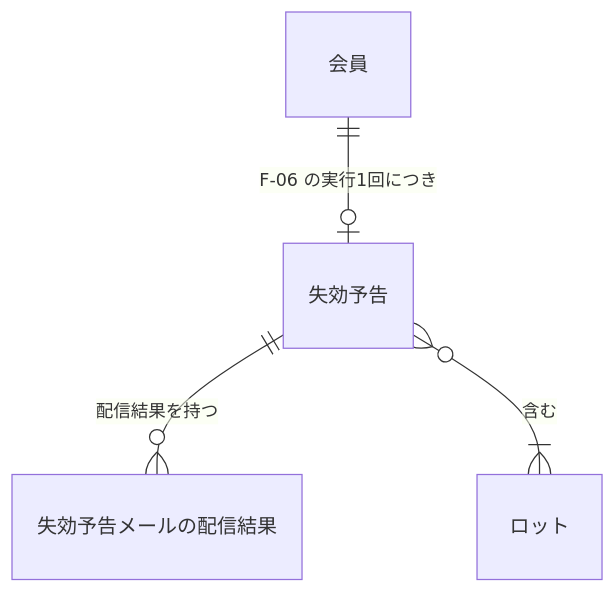
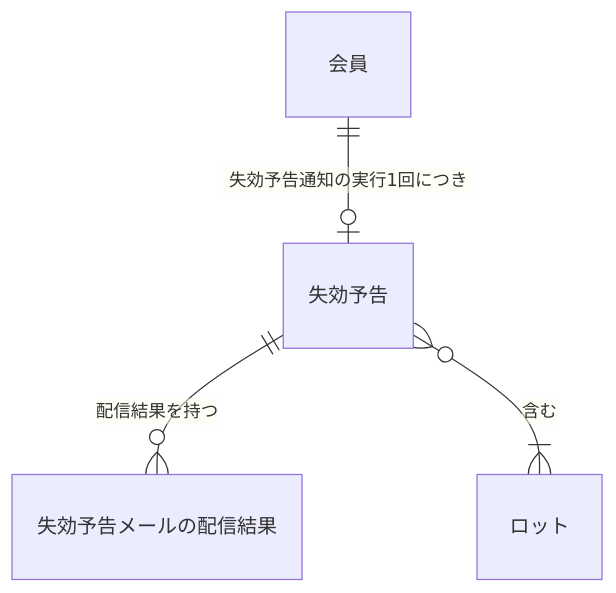
Before and after one commit to kasiopeiya/claude-dev-template: the third of 7 diagrams in samples/docs/requirements.md, drawn with Mermaid. The commit also changed 1 other file, not shown here.

Commit message:
docs: 手本の状態遷移と ER 図から機能・ルールの ID を外す (#1977)
実プロジェクトの要件定義書では ID の数が多くなり、図に並ぶと読みにくくなるため、アクティビティ図に続けて手本の状態遷移と ER 図からも外した。どの機能・ルールに当たるかは機能仕様とビジネスルール一覧が持つ。手本から外しただけで、ID を書くことを禁じる規定は足していない。

````diff
--- a/samples/docs/requirements.md
+++ b/samples/docs/requirements.md
@@ -319,10 +319,10 @@
 ```mermaid
 erDiagram
     MEMBER["会員"]
     NOTICE["失効予告"]
     RESULT["失効予告メールの配信結果"]
     LOT["ロット"]
-    MEMBER ||--o| NOTICE : "F-06 の実行1回につき"
+    MEMBER ||--o| NOTICE : "失効予告通知の実行1回につき"
     NOTICE ||--o{ RESULT : 配信結果を持つ
     NOTICE }o--|{ LOT : 含む
 ```
````
